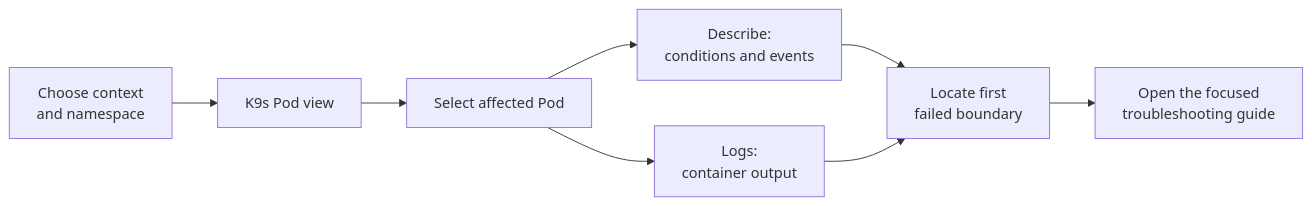
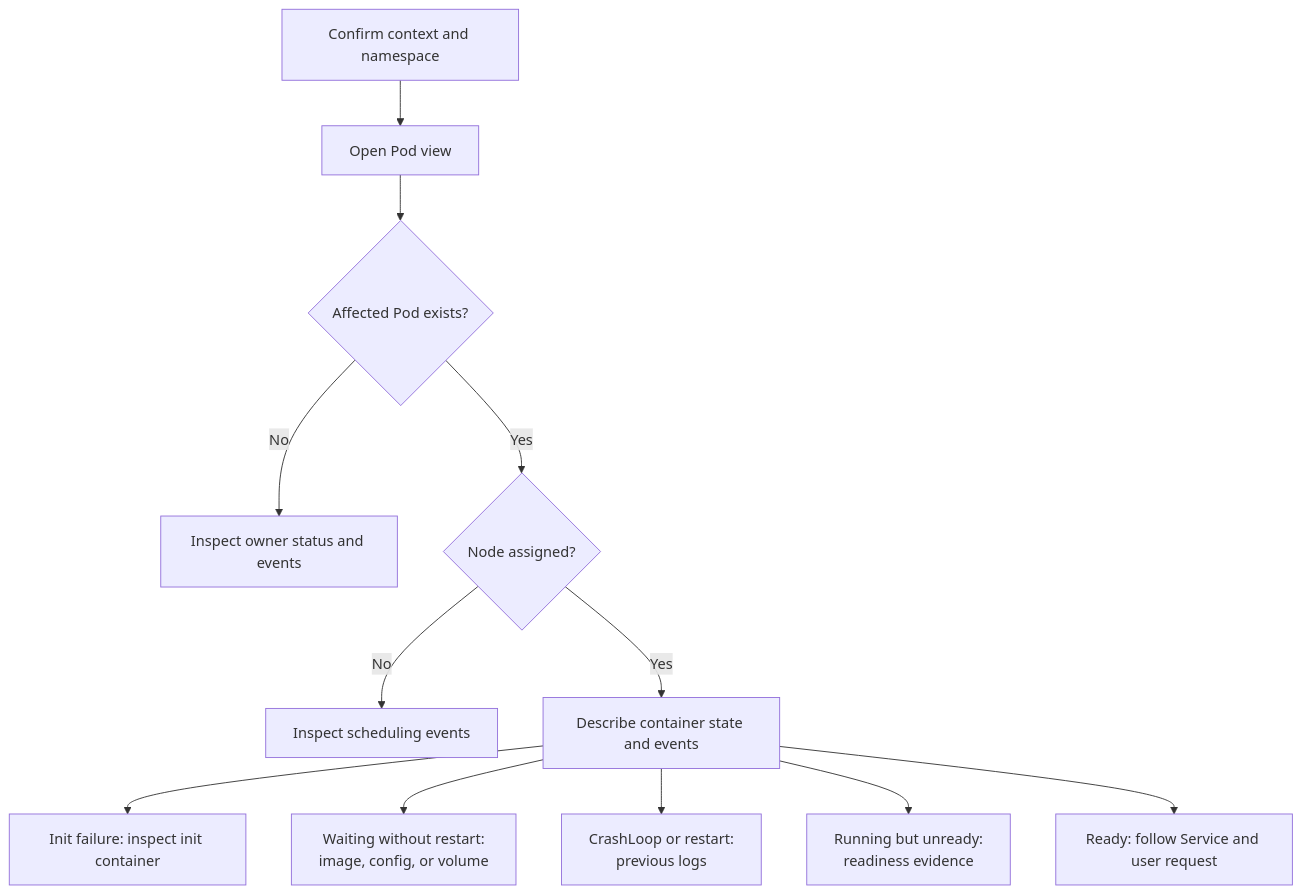
Before and after one commit to David-A18/MY-humble-knowledge-for-everyone: the diagram in knowledge/kubernetes/applications-and-tools/k9s.md, drawn with Mermaid. The commit also changed other lines of this file and 6 other files, not shown here.

Commit message:
Clarify K9s Pod diagnosis from target to evidence

````diff
--- a/knowledge/kubernetes/applications-and-tools/k9s.md
+++ b/knowledge/kubernetes/applications-and-tools/k9s.md
@@ -40,10 +61,14 @@
 ```mermaid
-flowchart LR
-  context["Choose context<br/>and namespace"] --> view["K9s Pod view"]
-  view --> row["Select affected Pod"]
-  row --> describe["Describe:<br/>conditions and events"]
-  row --> logs["Logs:<br/>container output"]
-  describe --> decision["Locate first<br/>failed boundary"]
-  logs --> decision
-  decision --> route["Open the focused<br/>troubleshooting guide"]
+flowchart TB
+  target["Confirm context and namespace"] --> pods["Open Pod view"]
+  pods --> exists{"Affected Pod exists?"}
+  exists -- No --> owner["Inspect owner status and events"]
+  exists -- Yes --> assigned{"Node assigned?"}
+  assigned -- No --> schedule["Inspect scheduling events"]
+  assigned -- Yes --> state["Describe container state and events"]
+  state --> init["Init failure: inspect init container"]
+  state --> waiting["Waiting without restart:<br/>image, config, or volume"]
+  state --> restarted["CrashLoop or restart:<br/>previous logs"]
+  state --> unready["Running but unready:<br/>readiness evidence"]
+  state --> ready["Ready: follow Service and user request"]
 ```
````
